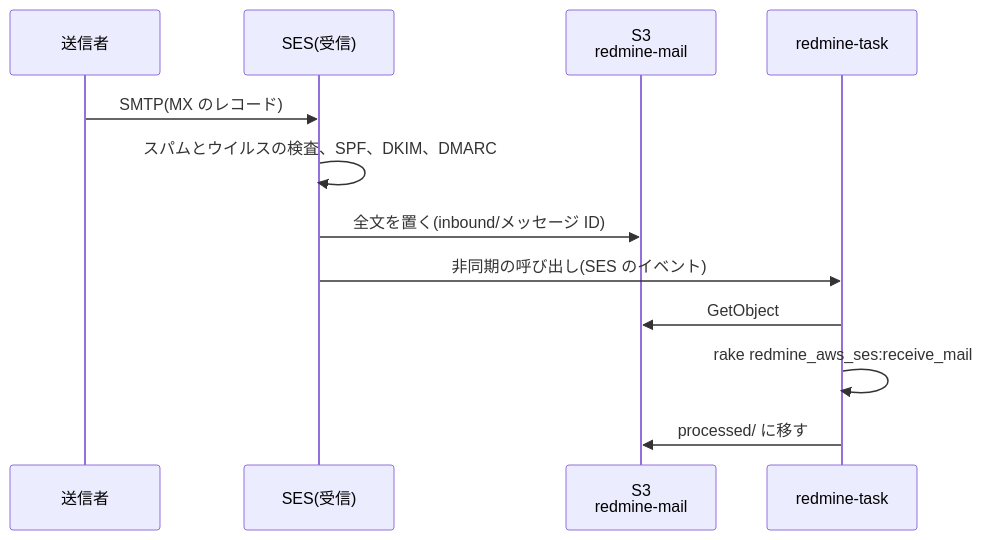
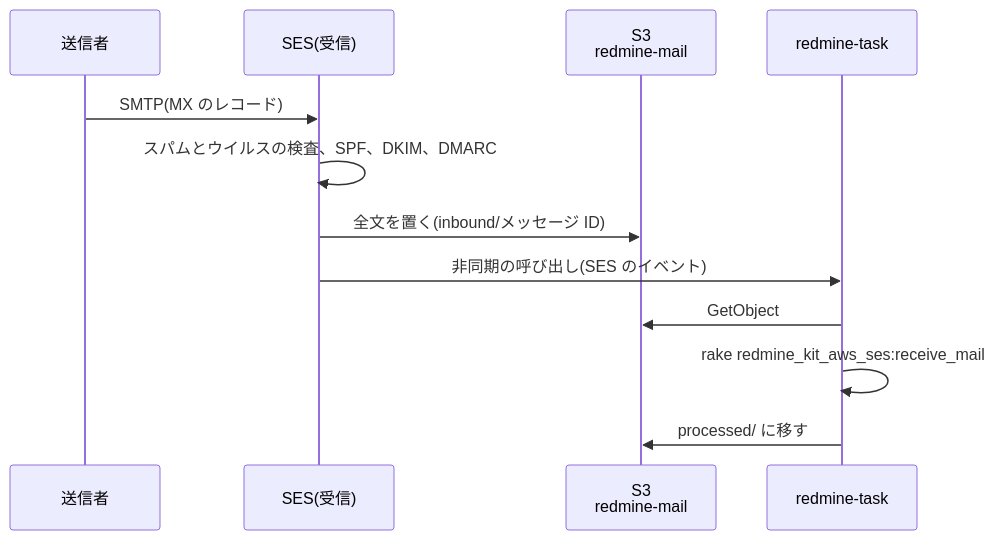
Before and after one commit to redmine-kit/serverless: the second of 2 diagrams in docs/ja/mail.md, drawn with Mermaid. The commit also changed other lines of this file and 42 other files, not shown here.

First line of the commit message:
Use the Redmine Kit AWS plugins' new names

````diff
--- a/docs/ja/mail.md
+++ b/docs/ja/mail.md
@@ -98,14 +98,14 @@
 ```mermaid
 sequenceDiagram
   participant S as 送信者
   participant E as SES(受信)
   participant B as S3<br>redmine-mail
   participant T as redmine-task
   S->>E: SMTP(MX のレコード)
   E->>E: スパムとウイルスの検査、SPF、DKIM、DMARC
   E->>B: 全文を置く(inbound/メッセージ ID)
   E->>T: 非同期の呼び出し(SES のイベント)
   T->>B: GetObject
-  T->>T: rake redmine_aws_ses:receive_mail
+  T->>T: rake redmine_kit_aws_ses:receive_mail
   T->>B: processed/ に移す
 ```
````
